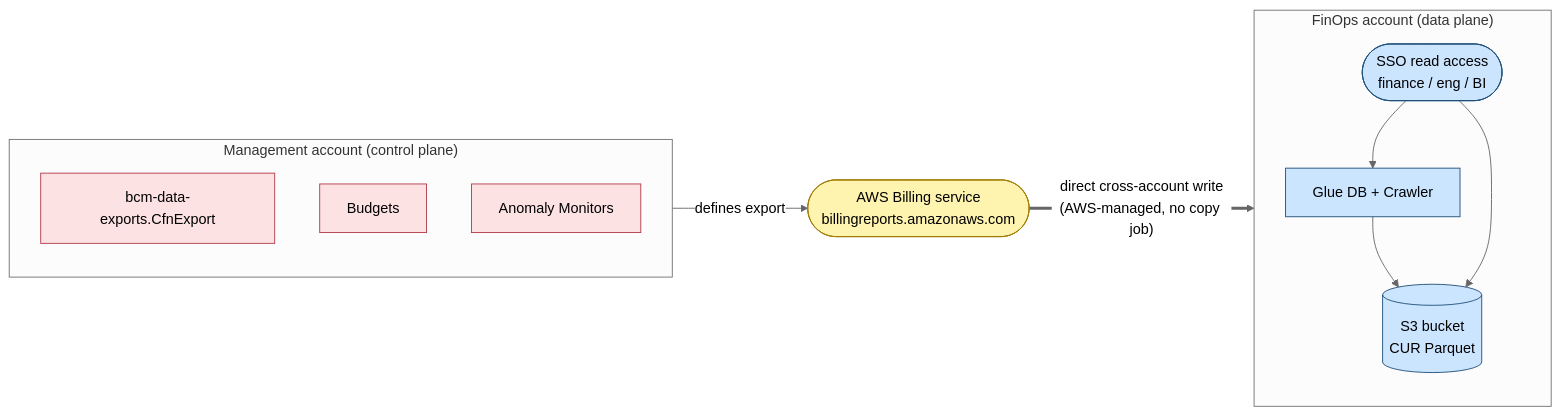
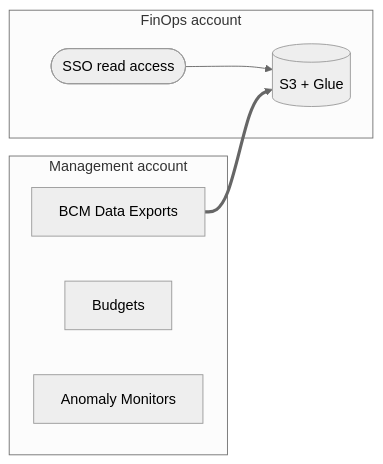
One commit to DataChefHQ/aws-data-landing-zone changed the diagram in docs/src/content/docs/components/finops/index.mdx. Above: the diagram before and after it, drawn with Mermaid (neutral theme). The commit also changed other lines of this file and 49 other files, not shown here.

First line of the commit message:
feat: added CUR 2.0 delivery to FinOps account for cost management

````diff
--- a/docs/src/content/docs/components/finops/index.mdx
+++ b/docs/src/content/docs/components/finops/index.mdx
@@ -32,31 +41,14 @@
 ```mermaid
 flowchart LR
-    subgraph mgmt["Management account (control plane)"]
-        direction TB
-        cfn[bcm-data-exports.CfnExport]
+    subgraph mgmt["Management account"]
+        cfn[BCM Data Exports]
         budgets[Budgets]
         anomaly[Anomaly Monitors]
     end
-
-    subgraph finops["FinOps account (data plane)"]
-        direction TB
-        s3[(S3 bucket<br/>CUR Parquet)]
-        glue[Glue DB + Crawler]
-        readers([SSO read access<br/>finance / eng / BI])
-        glue --> s3
+    subgraph finops["FinOps account"]
+        s3[(S3 + Glue)]
+        readers([SSO read access])
         readers --> s3
-        readers --> glue
     end
-
-    billing(["AWS Billing service<br/>billingreports.amazonaws.com"])
-
-    cfn -- defines export --> billing
-    billing == direct cross-account write<br/>(AWS-managed, no copy job) ==> s3
-
-    classDef mgmtStyle fill:#fde2e4,stroke:#b23a48,color:#000
-    classDef finopsStyle fill:#cce5ff,stroke:#1f4e79,color:#000
-    classDef billingStyle fill:#fff3b0,stroke:#a07b00,color:#000
-    class cfn,budgets,anomaly mgmtStyle
-    class s3,glue,readers finopsStyle
-    class billing billingStyle
+    cfn ==> s3
 ```
````
